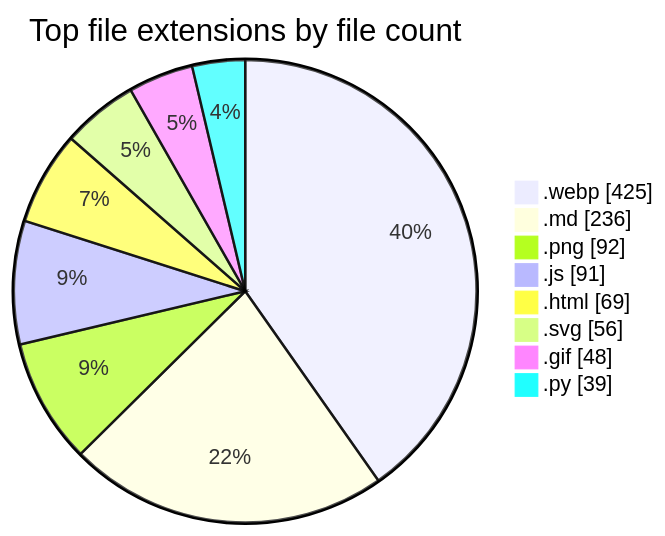
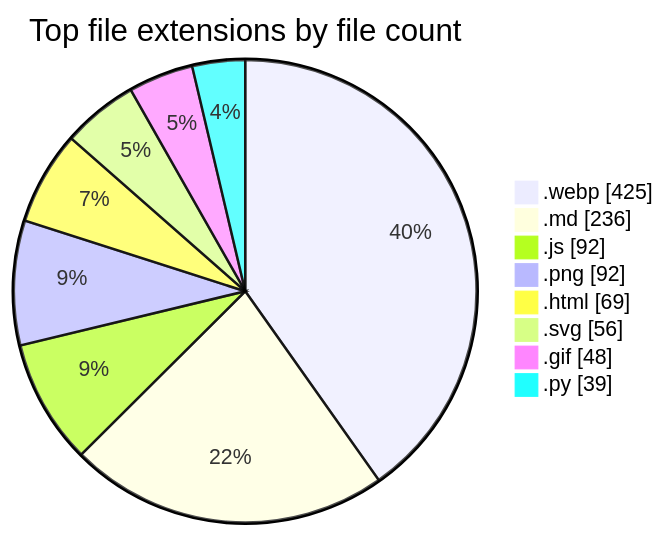
Before and after one commit to tchinso/tchinso: the second of 2 diagrams in README.md, drawn with Mermaid. The commit also changed other lines of this file, not shown here.

````diff
--- a/README.md
+++ b/README.md
@@ -53,12 +53,12 @@
 ```mermaid
 pie showData
     title Top file extensions by file count
     ".webp" : 425
     ".md" : 236
+    ".js" : 92
     ".png" : 92
-    ".js" : 91
     ".html" : 69
     ".svg" : 56
     ".gif" : 48
     ".py" : 39
 ```
````
